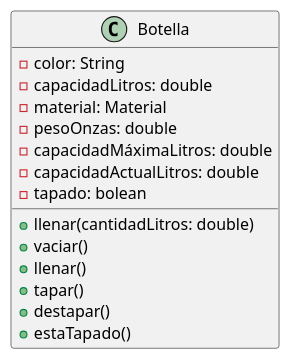
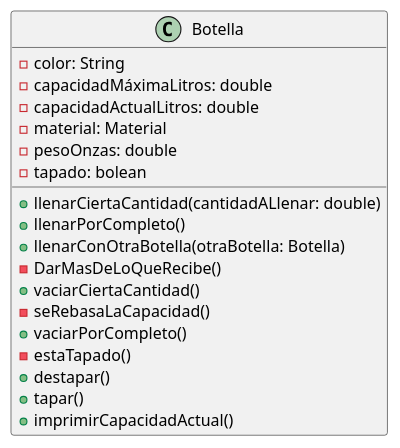
Before and after one commit to FernandoHuilca/EPN-FernandoHuilca: the diagram in Segundo Semestre/Clases/Botella/src/Botella.puml, drawn with PlantUML. The commit also changed 23 other files, not shown here.

```diff
--- a/Segundo Semestre/Clases/Botella/src/Botella.puml
+++ b/Segundo Semestre/Clases/Botella/src/Botella.puml
@@ -1,21 +1,22 @@
 @startuml
 class Botella{
 - color: String
-- capacidadLitros: double
+- capacidadMáximaLitros: double
+- capacidadActualLitros: double
 - material: Material
 - pesoOnzas: double
-- capacidadMáximaLitros: double
-- capacidadActualLitros: double
 - tapado: bolean
-+ llenar(cantidadLitros: double)
-+ vaciar()
-+ llenar()
+
++ llenarCiertaCantidad(cantidadALlenar: double)
++ llenarPorCompleto()
++ llenarConOtraBotella(otraBotella: Botella)
+- DarMasDeLoQueRecibe()
++ vaciarCiertaCantidad()
+- seRebasaLaCapacidad()
++ vaciarPorCompleto()
+- estaTapado()
++ destapar()
 + tapar()
-+ destapar()
-+ estaTapado()
-
-
-
-
++ imprimirCapacidadActual()
 }
 @enduml
```
